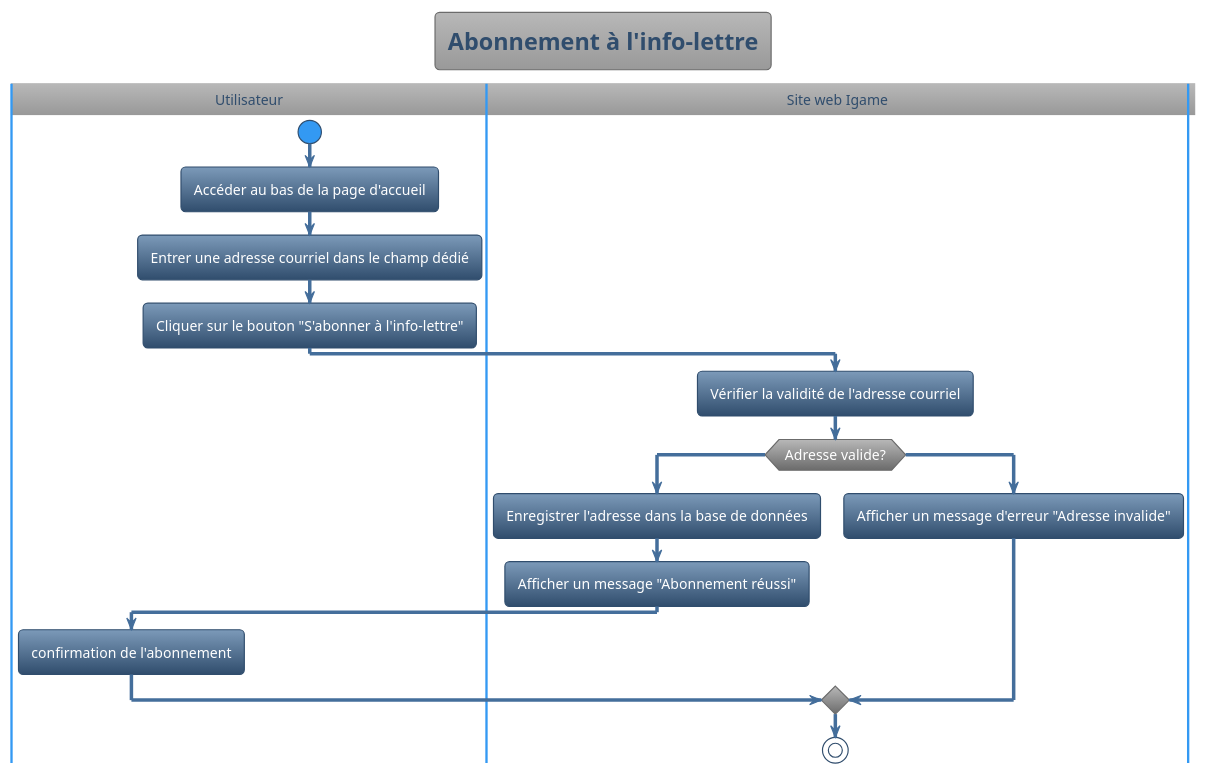
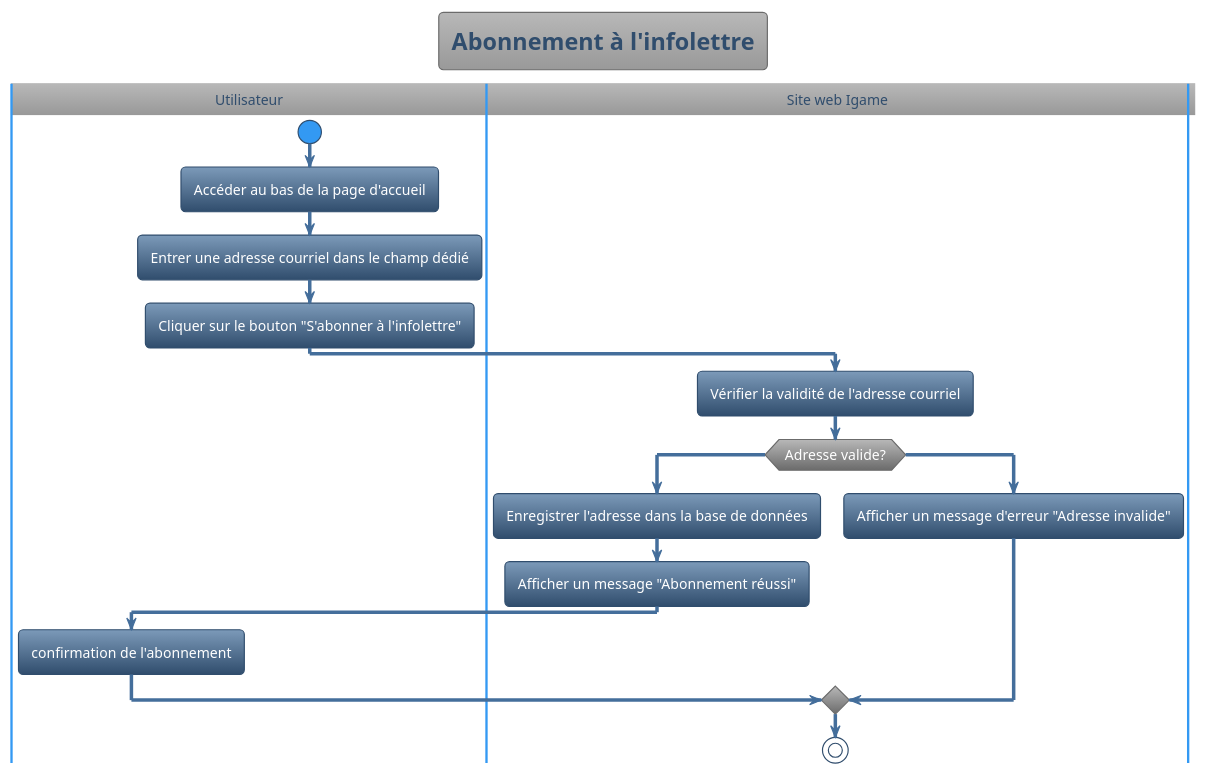
Before and after one commit to Jacob-Cossette/GTI510: the diagram in CU6_abbonnement.puml, drawn with PlantUML. The commit also changed 19 other files, not shown here.

```diff
--- a/CU6_abbonnement.puml
+++ b/CU6_abbonnement.puml
@@ -1,21 +1,21 @@
 @startuml
 !theme spacelab
-title Abonnement à l'info-lettre
+title Abonnement à l'infolettre
 |Utilisateur|
 start
 :Accéder au bas de la page d'accueil;
 :Entrer une adresse courriel dans le champ dédié;
-:Cliquer sur le bouton "S'abonner à l'info-lettre";
+:Cliquer sur le bouton "S'abonner à l'infolettre";
 |Site web Igame|
 :Vérifier la validité de l'adresse courriel;
 if (Adresse valide?) then (Oui)
   :Enregistrer l'adresse dans la base de données;
   :Afficher un message "Abonnement réussi";
   |Utilisateur|
   :confirmation de l'abonnement;
   |Site web Igame|
 else (Non)
   :Afficher un message d'erreur "Adresse invalide";
 endif
 stop
 @enduml
```
